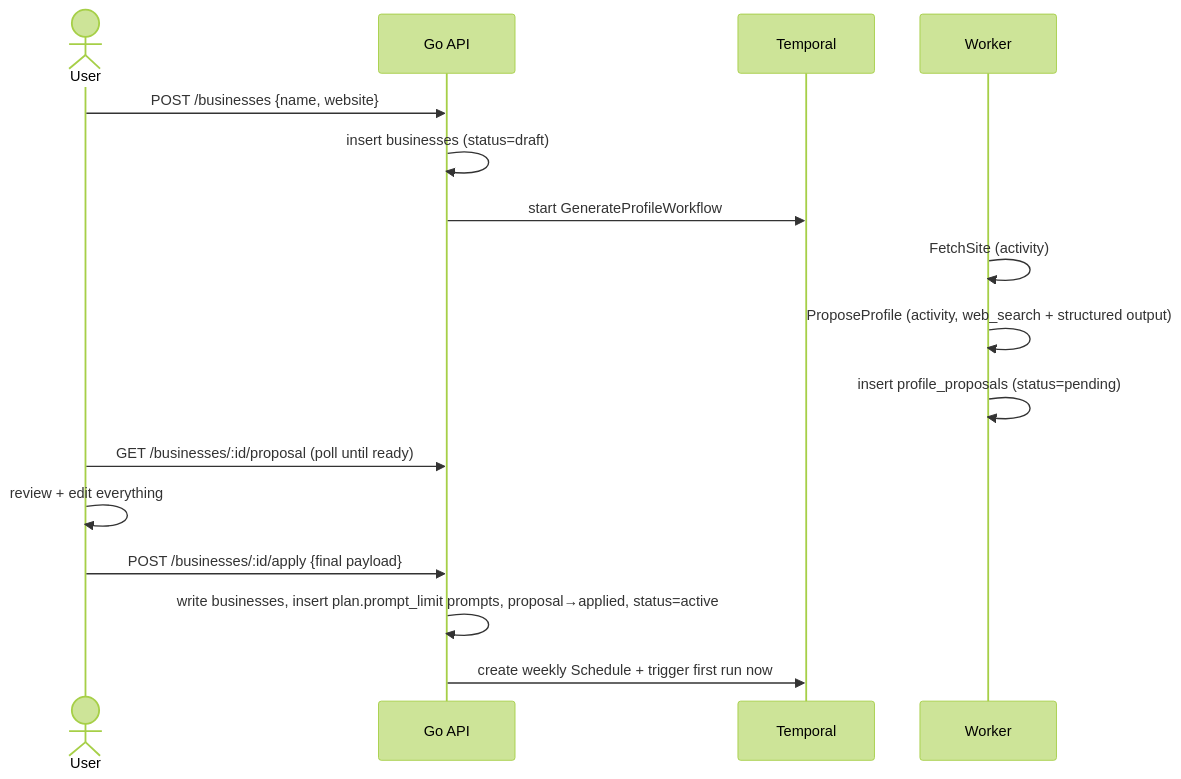
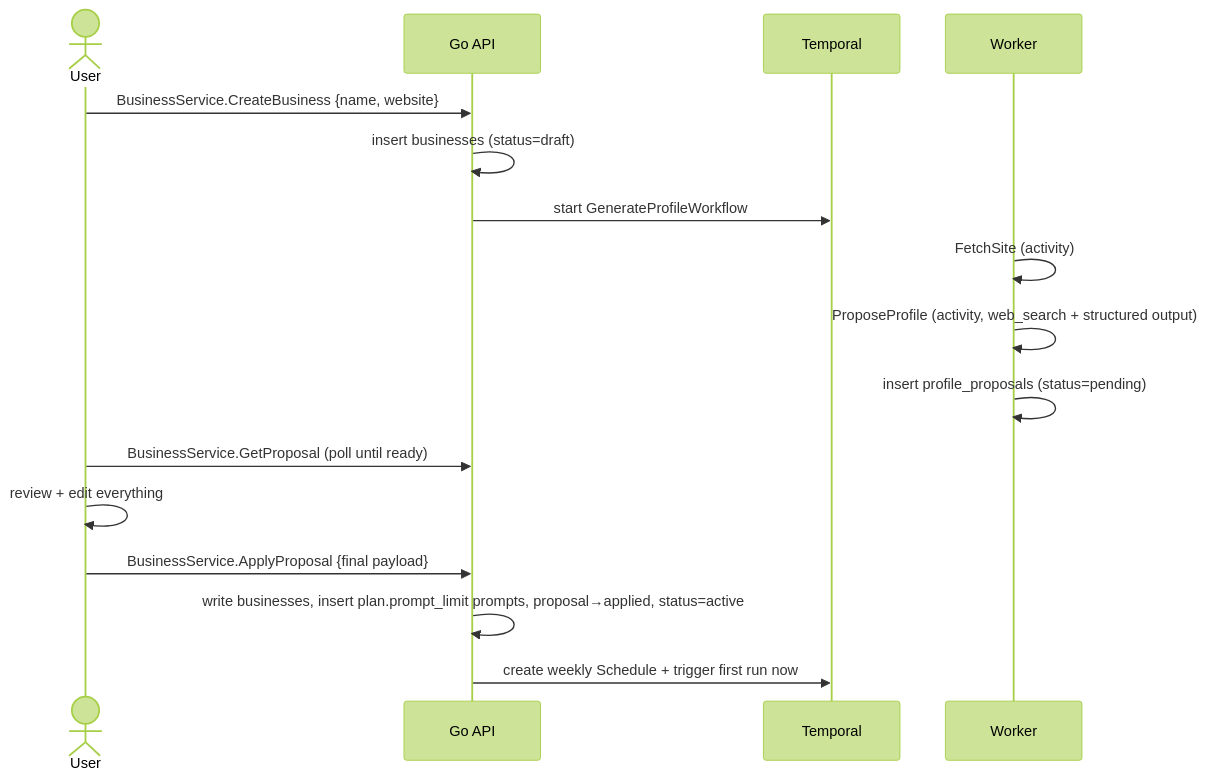
The diagram in docs/design/03-onboarding.md (tanjoshua/opensight), drawn with Mermaid (forest theme) before and after one commit. The commit also changed other lines of this file and 5 other files, not shown here.

````diff
--- a/docs/design/03-onboarding.md
+++ b/docs/design/03-onboarding.md
@@ -7,18 +7,18 @@
 ```mermaid
 sequenceDiagram
     actor U as User
     participant API as Go API
     participant T as Temporal
     participant W as Worker
-    U->>API: POST /businesses {name, website}
+    U->>API: BusinessService.CreateBusiness {name, website}
     API->>API: insert businesses (status=draft)
     API->>T: start GenerateProfileWorkflow
     W->>W: FetchSite (activity)
     W->>W: ProposeProfile (activity, web_search + structured output)
     W->>W: insert profile_proposals (status=pending)
-    U->>API: GET /businesses/:id/proposal (poll until ready)
+    U->>API: BusinessService.GetProposal (poll until ready)
     U->>U: review + edit everything
-    U->>API: POST /businesses/:id/apply {final payload}
+    U->>API: BusinessService.ApplyProposal {final payload}
     API->>API: write businesses, insert plan.prompt_limit prompts, proposal→applied, status=active
     API->>T: create weekly Schedule + trigger first run now
 ```
````
